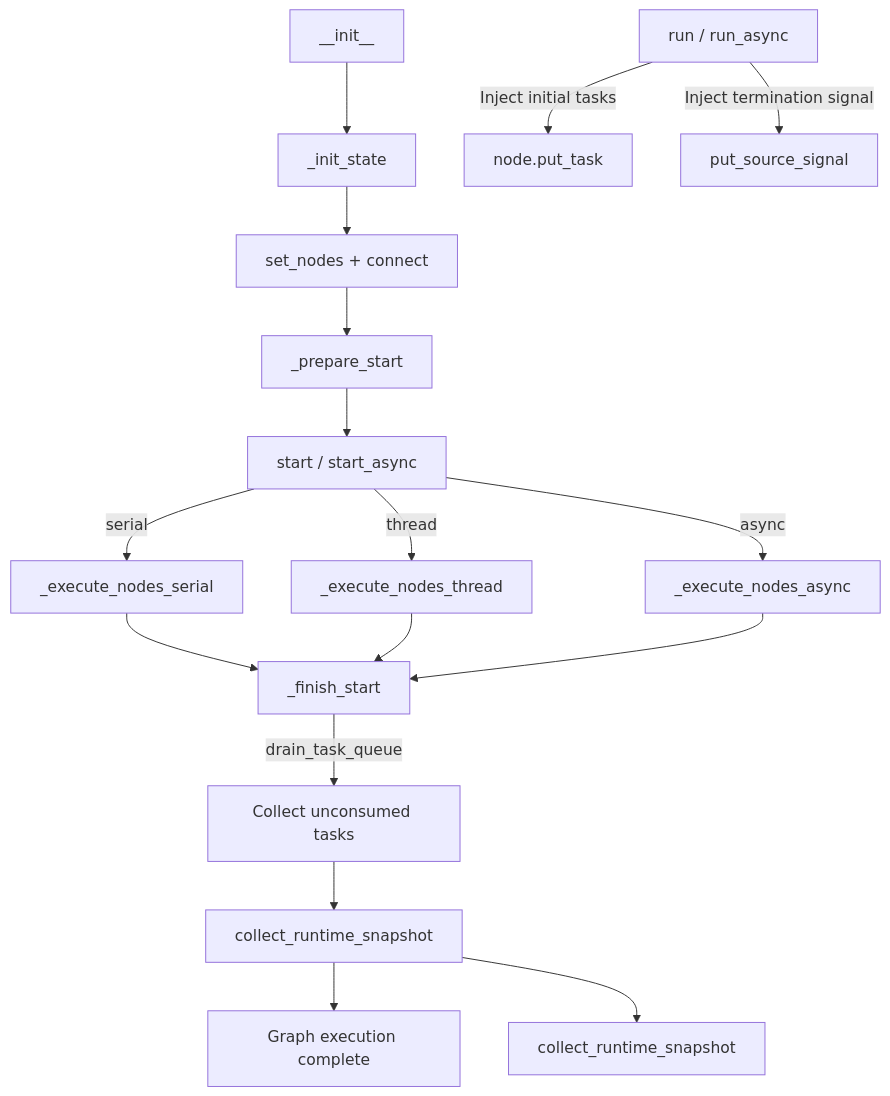
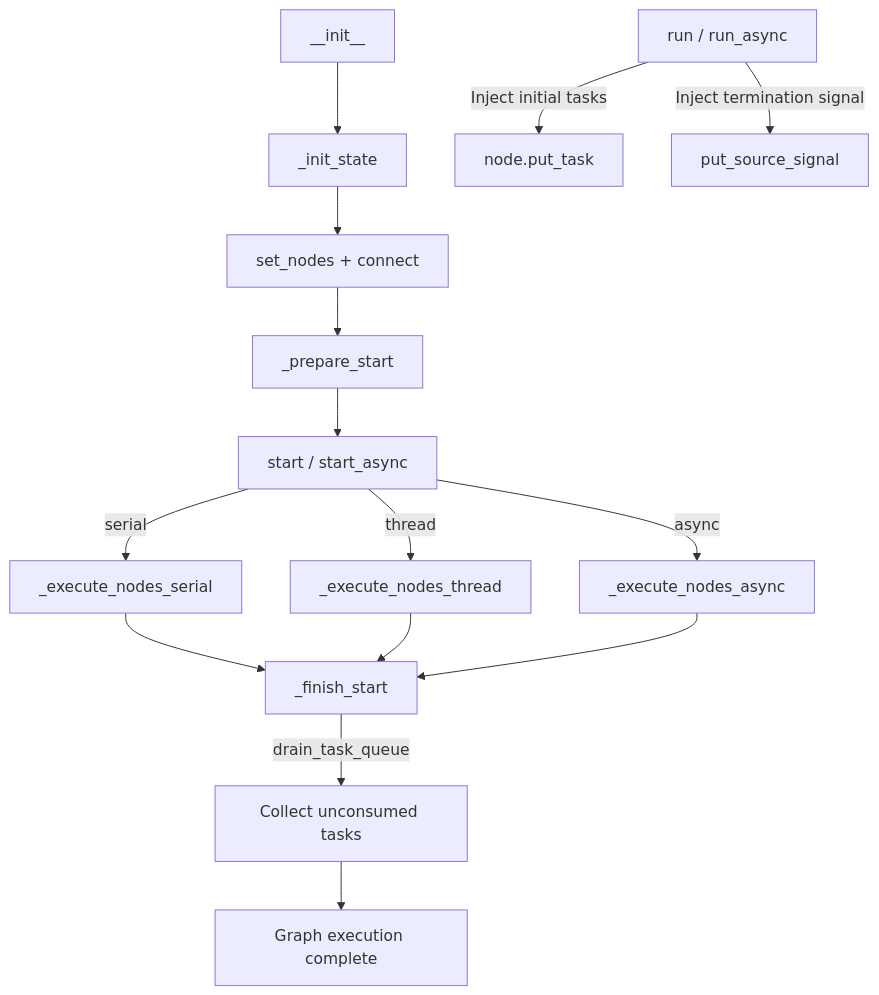
The diagram in docs/en/src/graph/core_graph.md (Mr-xiaotian/CelestialFlow), drawn with Mermaid before and after one commit. The commit also changed other lines of this file and 211 other files, not shown here.

````diff
--- a/docs/en/src/graph/core_graph.md
+++ b/docs/en/src/graph/core_graph.md
@@ -292,21 +354,18 @@
 ```mermaid
 flowchart TD
     INIT[__init__] --> INIT_STATE[_init_state]
     INIT_STATE --> BUILD[set_nodes + connect]
     BUILD --> PREPARE[_prepare_start]
     PREPARE --> START[start / start_async]
     START -->|serial| SER[_execute_nodes_serial]
     START -->|thread| THR[_execute_nodes_thread]
     START -->|async| ASY[_execute_nodes_async]
     SER --> FINISH[_finish_start]
     THR --> FINISH
     ASY --> FINISH
     FINISH -->|drain_task_queue| DRAIN[Collect unconsumed tasks]
-    DRAIN --> SNAP[collect_runtime_snapshot]
-    SNAP --> END[Graph execution complete]
-
-    SNAP --> STATUS[collect_runtime_snapshot]
+    DRAIN --> END[Graph execution complete]
 
     RUN[run / run_async] -->|Inject initial tasks| PUT[node.put_task]
     RUN -->|Inject termination signal| SIGNAL[put_source_signal]
 ```
````
